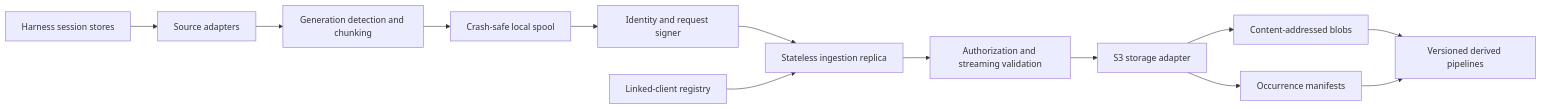
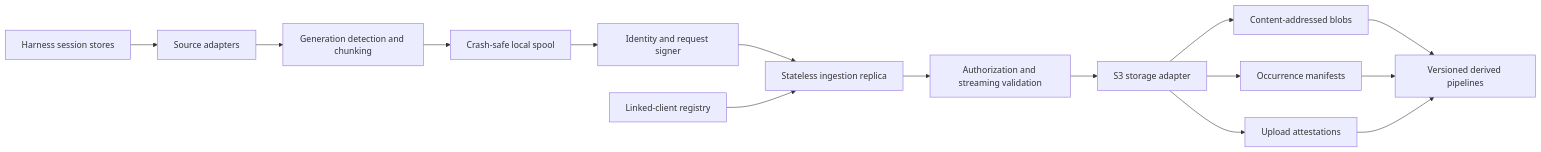
Before and after one commit to jedarden/agent-archivist: the diagram in docs/plan/plan.md, drawn with Mermaid. The commit also changed other lines of this file and 2 other files, not shown here.

Commit message:
Lock agent archivist architecture decisions

````diff
--- a/docs/plan/plan.md
+++ b/docs/plan/plan.md
@@ -113,15 +205,17 @@
 ```mermaid
 flowchart LR
     Sources[Harness session stores] --> Adapters[Source adapters]
     Adapters --> Chunker[Generation detection and chunking]
     Chunker --> Spool[Crash-safe local spool]
     Spool --> Signer[Identity and request signer]
     Signer --> Ingest[Stateless ingestion replica]
     Registry[Linked-client registry] --> Ingest
     Ingest --> Validate[Authorization and streaming validation]
     Validate --> Storage[S3 storage adapter]
     Storage --> Blobs[Content-addressed blobs]
     Storage --> Occurrences[Occurrence manifests]
+    Storage --> Attestations[Upload attestations]
     Blobs --> Derived[Versioned derived pipelines]
     Occurrences --> Derived
+    Attestations --> Derived
 ```
````
